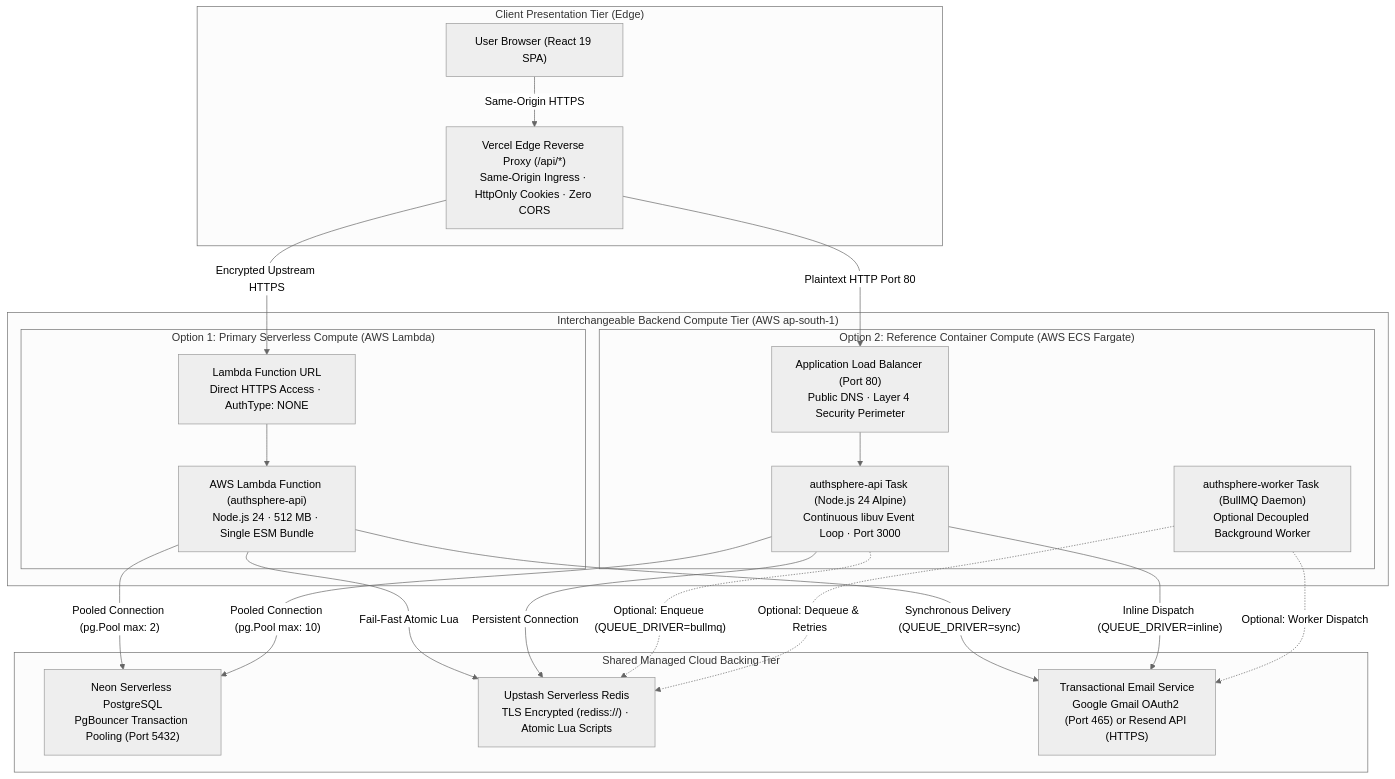
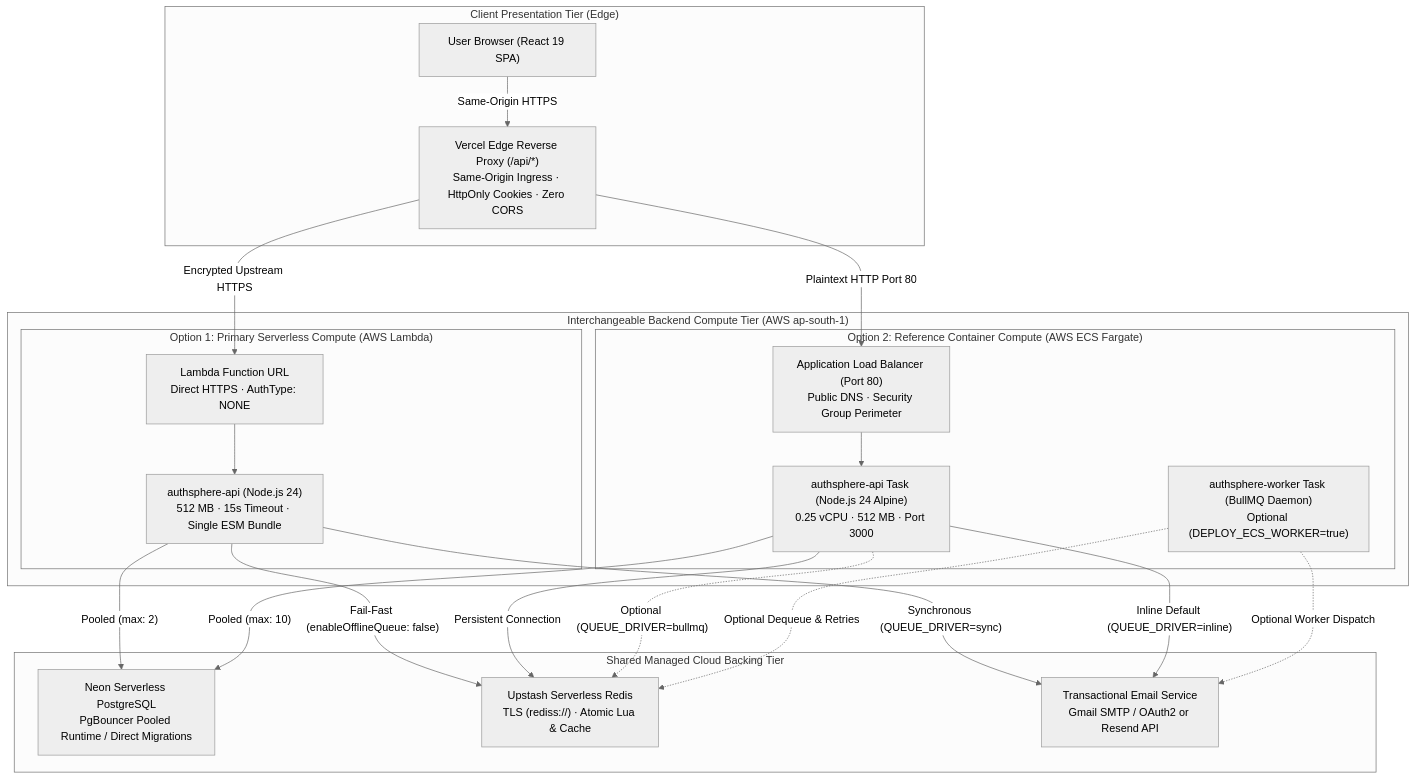
The first of 2 diagrams in docs/DEPLOYMENT.md (utkarshj014/authsphere), drawn with Mermaid (neutral theme) before and after one commit. The commit also changed other lines of this file and 5 other files, not shown here.

````diff
--- a/docs/DEPLOYMENT.md
+++ b/docs/DEPLOYMENT.md
@@ -19,44 +19,44 @@
 ```mermaid
 flowchart TD
     subgraph Client ["Client Presentation Tier (Edge)"]
         Browser["User Browser (React 19 SPA)"]
         VercelProxy["Vercel Edge Reverse Proxy (/api/*)\nSame-Origin Ingress · HttpOnly Cookies · Zero CORS"]
         Browser -->|"Same-Origin HTTPS"| VercelProxy
     end
 
     subgraph Compute ["Interchangeable Backend Compute Tier (AWS ap-south-1)"]
         subgraph Option1 ["Option 1: Primary Serverless Compute (AWS Lambda)"]
-            FURL["Lambda Function URL\nDirect HTTPS Access · AuthType: NONE"]
-            Lambda["AWS Lambda Function (authsphere-api)\nNode.js 24 · 512 MB · Single ESM Bundle"]
+            FURL["Lambda Function URL\nDirect HTTPS · AuthType: NONE"]
+            Lambda["authsphere-api (Node.js 24)\n512 MB · 15s Timeout · Single ESM Bundle"]
             FURL --> Lambda
         end
 
         subgraph Option2 ["Option 2: Reference Container Compute (AWS ECS Fargate)"]
-            ALB["Application Load Balancer (Port 80)\nPublic DNS · Layer 4 Security Perimeter"]
-            ECS_API["authsphere-api Task (Node.js 24 Alpine)\nContinuous libuv Event Loop · Port 3000"]
-            ECS_Worker["authsphere-worker Task (BullMQ Daemon)\nOptional Decoupled Background Worker"]
+            ALB["Application Load Balancer (Port 80)\nPublic DNS · Security Group Perimeter"]
+            ECS_API["authsphere-api Task (Node.js 24 Alpine)\n0.25 vCPU · 512 MB · Port 3000"]
+            ECS_Worker["authsphere-worker Task (BullMQ Daemon)\nOptional (DEPLOY_ECS_WORKER=true)"]
             ALB --> ECS_API
         end
     end
 
     subgraph BackingTier ["Shared Managed Cloud Backing Tier"]
-        Neon["Neon Serverless PostgreSQL\nPgBouncer Transaction Pooling (Port 5432)"]
-        Upstash["Upstash Serverless Redis\nTLS Encrypted (rediss://) · Atomic Lua Scripts"]
-        EmailService["Transactional Email Service\nGoogle Gmail OAuth2 (Port 465) or Resend API (HTTPS)"]
+        Neon["Neon Serverless PostgreSQL\nPgBouncer Pooled Runtime / Direct Migrations"]
+        Upstash["Upstash Serverless Redis\nTLS (rediss://) · Atomic Lua & Cache"]
+        EmailService["Transactional Email Service\nGmail SMTP / OAuth2 or Resend API"]
     end
 
     VercelProxy -->|"Encrypted Upstream HTTPS"| FURL
     VercelProxy -->|"Plaintext HTTP Port 80"| ALB
 
-    Lambda -->|"Pooled Connection (pg.Pool max: 2)"| Neon
-    Lambda -->|"Fail-Fast Atomic Lua"| Upstash
-    Lambda -->|"Synchronous Delivery (QUEUE_DRIVER=sync)"| EmailService
+    Lambda -->|"Pooled (max: 2)"| Neon
+    Lambda -->|"Fail-Fast (enableOfflineQueue: false)"| Upstash
+    Lambda -->|"Synchronous (QUEUE_DRIVER=sync)"| EmailService
 
-    ECS_API -->|"Pooled Connection (pg.Pool max: 10)"| Neon
+    ECS_API -->|"Pooled (max: 10)"| Neon
     ECS_API -->|"Persistent Connection"| Upstash
-    ECS_API -->|"Inline Dispatch (QUEUE_DRIVER=inline)"| EmailService
+    ECS_API -->|"Inline Default (QUEUE_DRIVER=inline)"| EmailService
 
-    ECS_API -.->|"Optional: Enqueue (QUEUE_DRIVER=bullmq)"| Upstash
-    ECS_Worker -.->|"Optional: Dequeue & Retries"| Upstash
-    ECS_Worker -.->|"Optional: Worker Dispatch"| EmailService
+    ECS_API -.->|"Optional (QUEUE_DRIVER=bullmq)"| Upstash
+    ECS_Worker -.->|"Optional Dequeue & Retries"| Upstash
+    ECS_Worker -.->|"Optional Worker Dispatch"| EmailService
 ```
````
